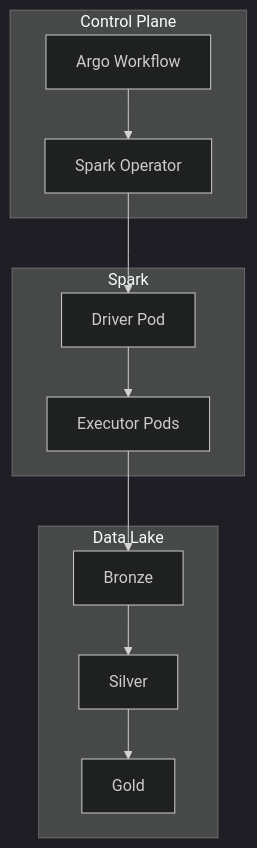
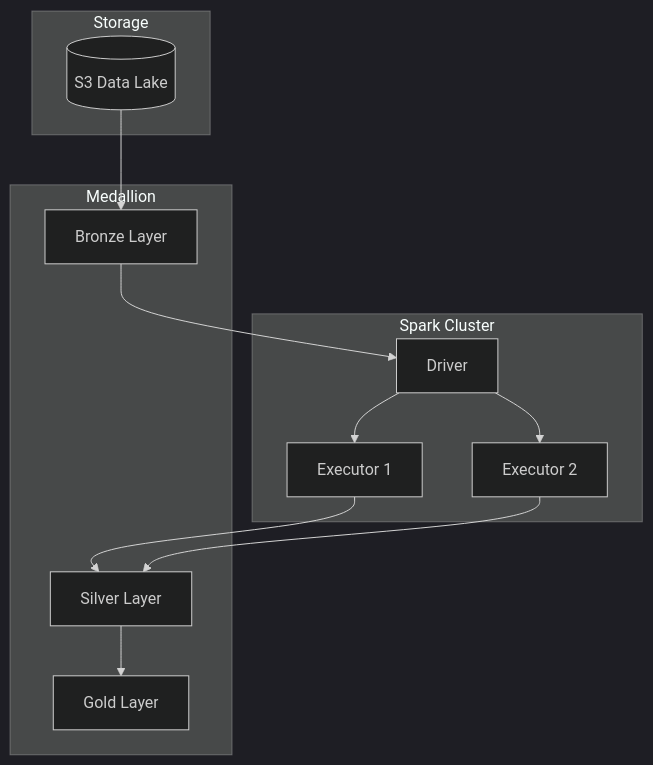
The diagram in Readme.md (PatiphanAK/fp_project_demo), drawn with Mermaid (dark theme) before and after one commit.

````diff
--- a/Readme.md
+++ b/Readme.md
@@ -58,26 +58,27 @@
 ```mermaid
 graph TD
 
-    subgraph Control Plane
-        A[Argo Workflow]
-        O[Spark Operator]
+    subgraph Storage
+        S3[(S3 Data Lake)]
     end
 
-    subgraph Spark
-        D[Driver Pod]
-        E[Executor Pods]
+    subgraph Spark Cluster
+        D[Driver]
+        E1[Executor 1]
+        E2[Executor 2]
     end
 
-    subgraph Data Lake
-        BR[Bronze]
-        SI[Silver]
-        GO[Gold]
+    subgraph Medallion
+        B[Bronze Layer]
+        SI[Silver Layer]
+        G[Gold Layer]
     end
 
-    A --> O
-    O --> D
-    D --> E
-    E --> BR
-    BR --> SI
-    SI --> GO
+    S3 --> B
+    B --> D
+    D --> E1
+    D --> E2
+    E1 --> SI
+    E2 --> SI
+    SI --> G
 ```
````
